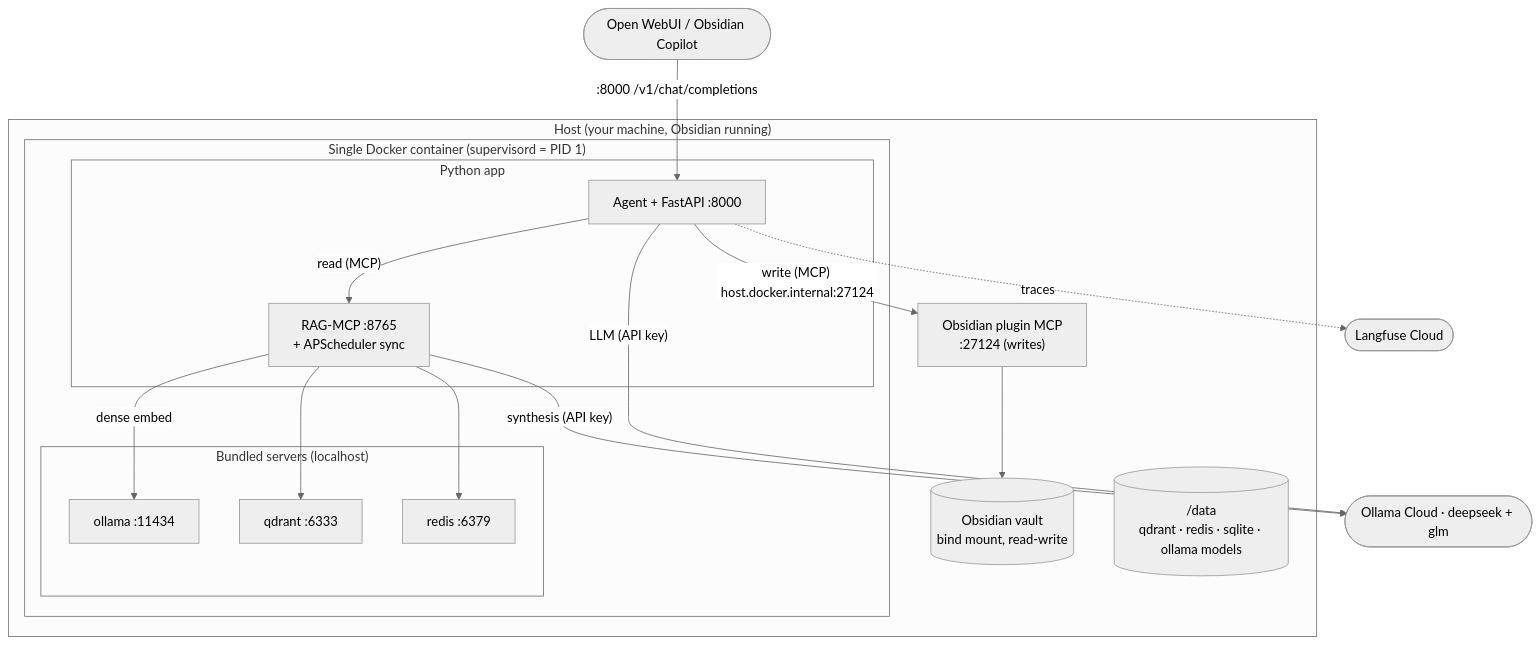
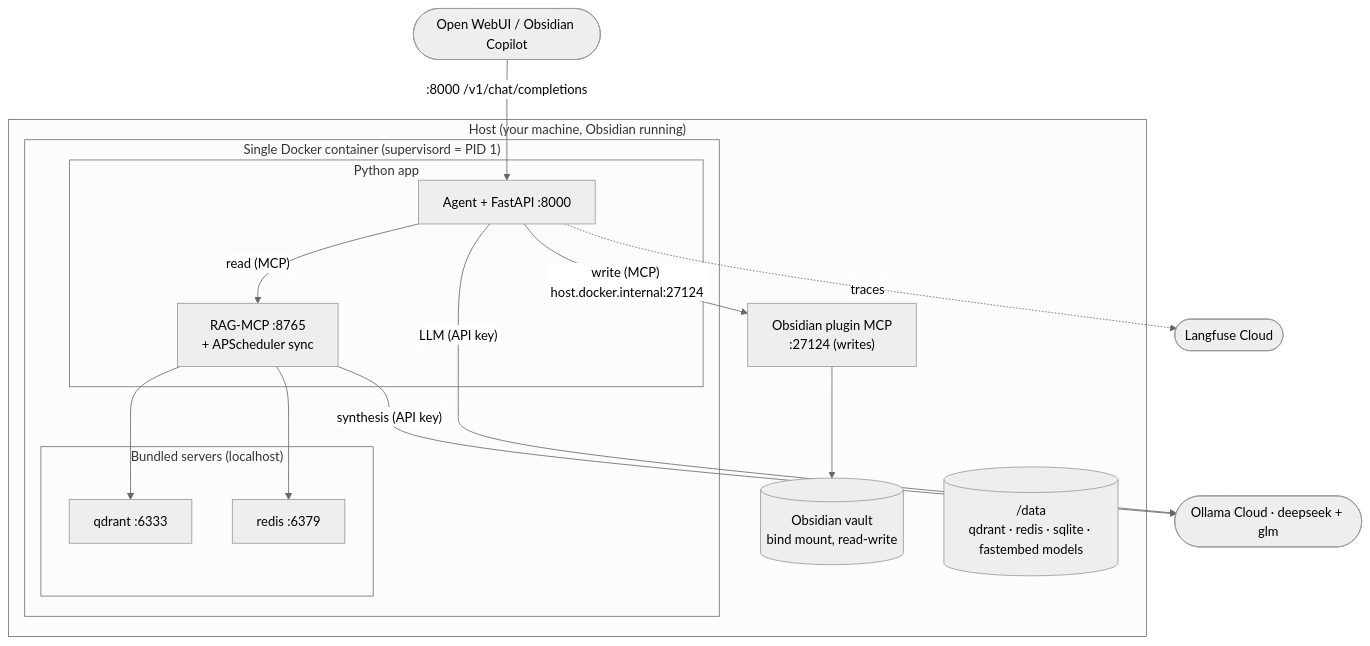
Before and after one commit to Atrv-Shrn/Obsidian-Librarian: the second of 11 diagrams in docs/SPEC.md, drawn with Mermaid (neutral theme). The commit also changed other lines of this file and 18 other files, not shown here.

First line of the commit message:
Fix Langfuse scoring, Ragas threshold keys; drop Ollama for FastEmbed

````diff
--- a/docs/SPEC.md
+++ b/docs/SPEC.md
@@ -111,29 +111,27 @@
 ```mermaid
 flowchart TB
   Clients([Open WebUI / Obsidian Copilot]) -->|":8000 /v1/chat/completions"| API
   subgraph Host["Host (your machine, Obsidian running)"]
     Vault[("Obsidian vault<br/>bind mount, read-write")]
-    Data[("/data<br/>qdrant · redis · sqlite · ollama models")]
+    Data[("/data<br/>qdrant · redis · sqlite · fastembed models")]
     OBSMCP["Obsidian plugin MCP<br/>:27124 (writes)"]
     subgraph C["Single Docker container (supervisord = PID 1)"]
       subgraph Native["Bundled servers (localhost)"]
-        OL["ollama :11434"]
         QD["qdrant :6333"]
         RS["redis :6379"]
       end
       subgraph Py["Python app"]
         RM["RAG-MCP :8765<br/>+ APScheduler sync"]
         API["Agent + FastAPI :8000"]
       end
     end
   end
   API -->|"read (MCP)"| RM
   API -->|"write (MCP) host.docker.internal:27124"| OBSMCP
   OBSMCP --> Vault
   API -->|"LLM (API key)"| LLMc(["Ollama Cloud · deepseek + glm"])
-  RM -->|dense embed| OL
   RM -->|"synthesis (API key)"| LLMc
   API -. traces .-> LF([Langfuse Cloud])
   RM --> QD
   RM --> RS
 ```
````
